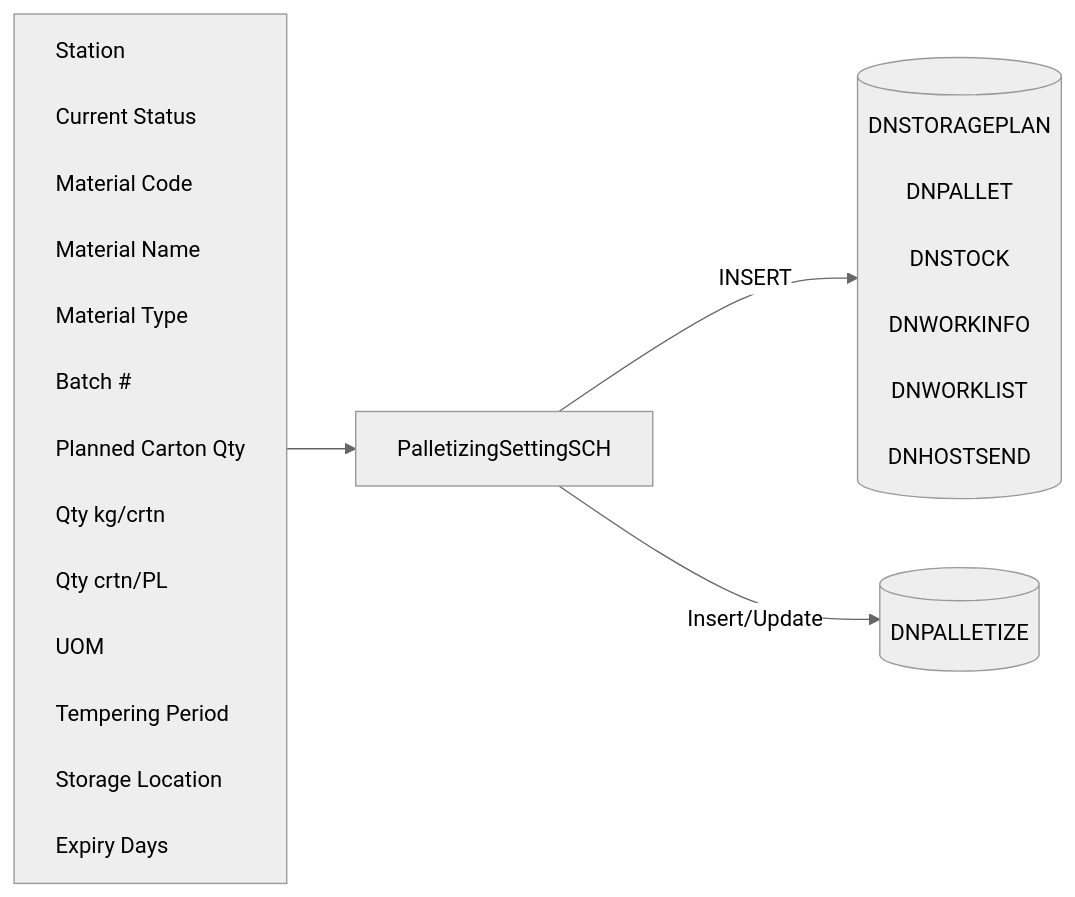
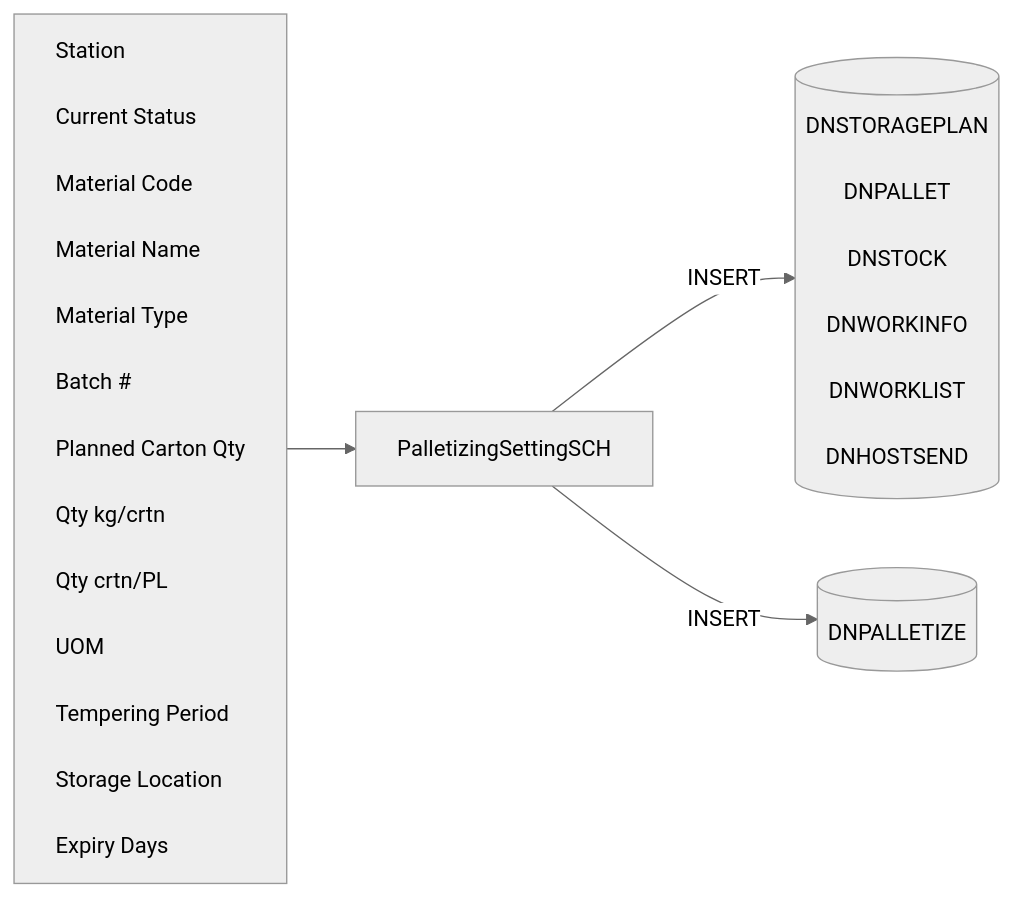
One commit to luthfiadityaa/SimeDarby-Wiki changed the diagram in Basic-Design/DFD-WMS/Storage/Palletizing-Settting/Palletize-Start.md. Above: the diagram before and after it, drawn with Mermaid (neutral theme).

Commit message:
Updated Palletize Start

```diff
--- a/Basic-Design/DFD-WMS/Storage/Palletizing-Settting/Palletize-Start.md
+++ b/Basic-Design/DFD-WMS/Storage/Palletizing-Settting/Palletize-Start.md
@@ -18,39 +18,39 @@
 ::: mermaid
 flowchart LR
     input[
         Station<br>
         Current Status<br>
         Material Code<br>
         Material Name<br>
         Material Type<br>
         Batch #<br>
         Planned Carton Qty<br>
         Qty kg/crtn<br>
         Qty crtn/PL<br>
         UOM<br>
         Tempering Period<br>
         Storage Location<br>
         Expiry Days<br>
     ]
 
     tableList-insert-update[("
         DNPALLETIZE<br>
     ")]
 
     tableList-insert[("
         DNSTORAGEPLAN<br>
         DNPALLET<br>
         DNSTOCK<br>
         DNWORKINFO<br>
         DNWORKLIST<br>
         DNHOSTSEND<br>
     ")]
 
     className[PalletizingSettingSCH]
 
     input --> className --> |INSERT| tableList-insert
-    className --> |Insert/Update| tableList-insert-update
+    className --> |INSERT| tableList-insert-update
 
     classDef leftAlign text-align:left;
     class input leftAlign;
 :::
```
